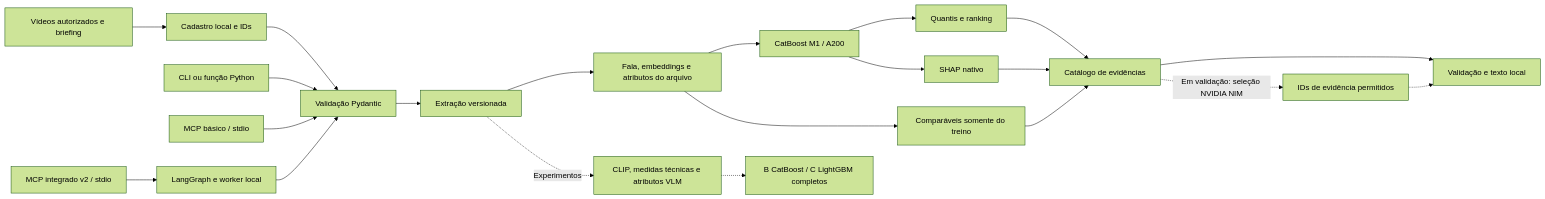
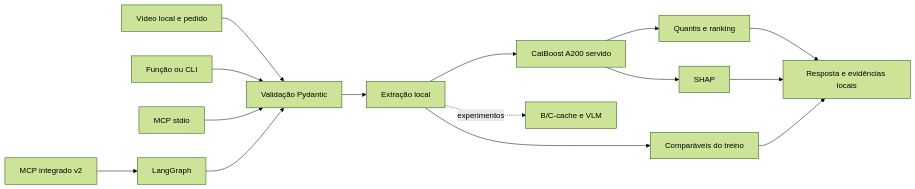
The diagram in README.md (leeunam/Galaxies-Inteli-Academy), drawn with Mermaid (forest theme) before and after one commit. The commit also changed other lines of this file and 163 other files, not shown here.

````diff
--- a/README.md
+++ b/README.md
@@ -68,23 +34,17 @@
 ```mermaid
 flowchart LR
-    U[Vídeos autorizados e briefing] --> R[Cadastro local e IDs]
-    R --> P[Validação Pydantic]
-    CLI[CLI ou função Python] --> P
-    MCP[MCP básico / stdio] --> P
-    MCP2[MCP integrado v2 / stdio] --> G[LangGraph e worker local]
-    G --> P
-    P --> E[Extração versionada]
-    E --> F[Fala, embeddings e atributos do arquivo]
-    F --> M[CatBoost M1 / A200]
-    M --> Q[Quantis e ranking]
-    M --> S[SHAP nativo]
-    F --> C[Comparáveis somente do treino]
-    Q --> K[Catálogo de evidências]
-    S --> K
-    C --> K
-    K --> L[Validação e texto local]
-    K -. Em validação: seleção NVIDIA NIM .-> N[IDs de evidência permitidos]
-    N -.-> L
-    E -. Experimentos .-> V[CLIP, medidas técnicas e atributos VLM]
-    V -.-> BC[B CatBoost / C LightGBM completos]
+  U[Vídeo local e pedido] --> V[Validação Pydantic]
+  CLI[Função ou CLI] --> V
+  MCP[MCP stdio] --> V
+  MCP2[MCP integrado v2] --> G[LangGraph]
+  G --> V
+  V --> E[Extração local]
+  E --> M[CatBoost A200 servido]
+  M --> Q[Quantis e ranking]
+  M --> S[SHAP]
+  E --> C[Comparáveis do treino]
+  Q --> X[Resposta e evidências locais]
+  S --> X
+  C --> X
+  E -. experimentos .-> BC[B/C-cache e VLM]
 ```
````
